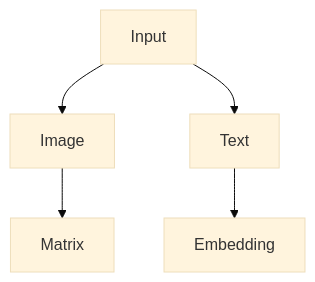
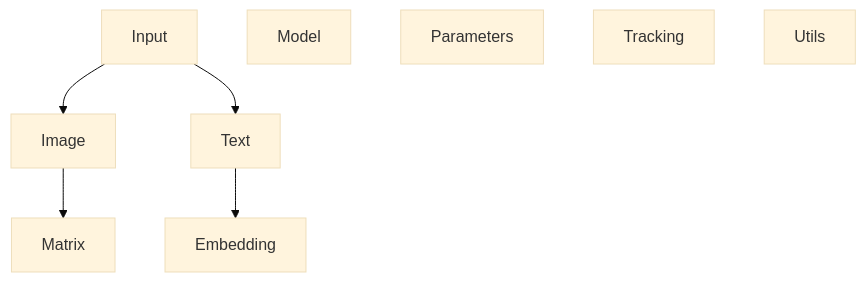
The diagram in README.md (y1450/KagglePipeline), drawn with Mermaid (base theme) before and after one commit.

````diff
--- a/README.md
+++ b/README.md
@@ -2,6 +2,13 @@
 ```mermaid
 flowchart TB
    Input --> Image & Text
    Image --> Matrix
    Text --> Embedding 
+   
+   Model 
+   Parameters
+   Tracking
+   Utils
+   
+
 ```
````
